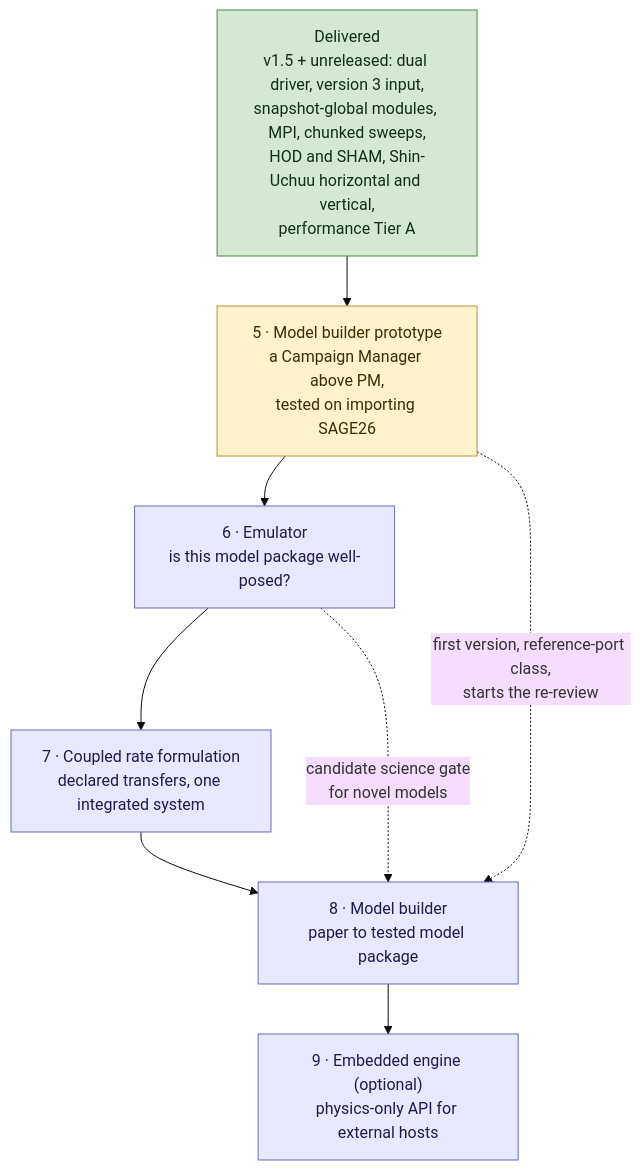
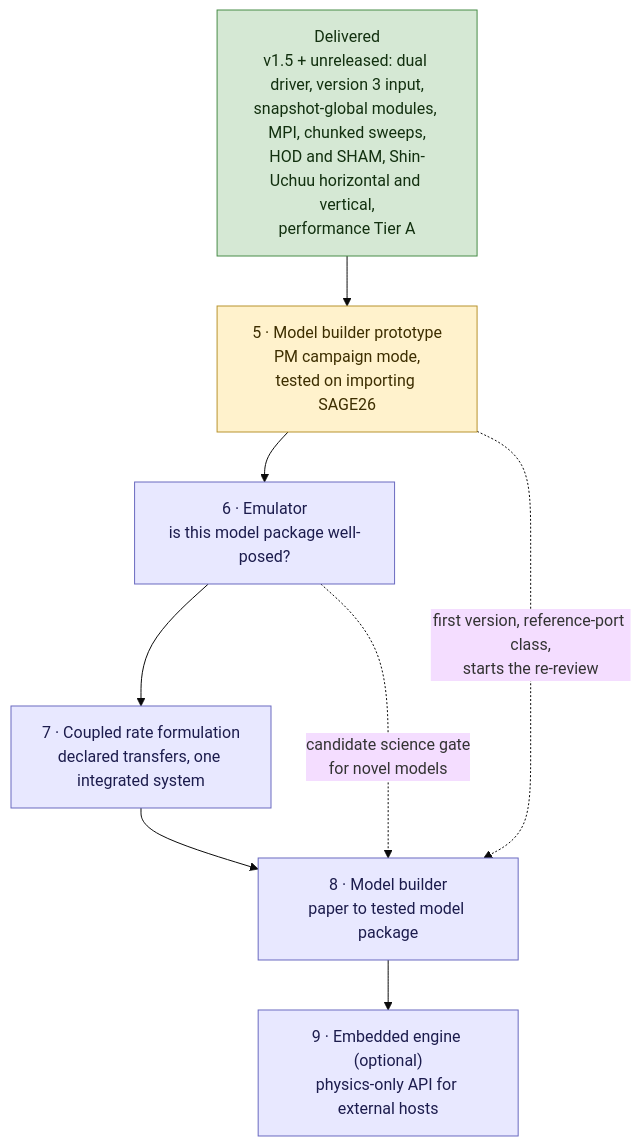
One commit to darrencroton/mimic changed the diagram in docs/dev/MIMIC-DEVELOPMENT-PATHWAY.md. Above: the diagram before and after it, drawn with Mermaid (base theme). The commit also changed other lines of this file and 1 other file, not shown here.

````diff
--- a/docs/dev/MIMIC-DEVELOPMENT-PATHWAY.md
+++ b/docs/dev/MIMIC-DEVELOPMENT-PATHWAY.md
@@ -22,20 +22,20 @@
 ```mermaid
 flowchart TD
     DONE["Delivered<br/>v1.5 + unreleased: dual driver, version 3 input,<br/>snapshot-global modules, MPI, chunked sweeps,<br/>HOD and SHAM, Shin-Uchuu horizontal and vertical,<br/>performance Tier A"]
-    S5["5 · Model builder prototype<br/>a Campaign Manager above PM,<br/>tested on importing SAGE26"]
+    S5["5 · Model builder prototype<br/>PM campaign mode,<br/>tested on importing SAGE26"]
     S6["6 · Emulator<br/>is this model package well-posed?"]
     S7["7 · Coupled rate formulation<br/>declared transfers, one integrated system"]
     S8["8 · Model builder<br/>paper to tested model package"]
     S9["9 · Embedded engine (optional)<br/>physics-only API for external hosts"]
 
     DONE --> S5 --> S6 --> S7 --> S8 --> S9
     S5 -.->|first version, reference-port class,<br/>starts the re-review| S8
     S6 -.->|candidate science gate<br/>for novel models| S8
 
     classDef done fill:#d5e8d4,stroke:#478c47,color:#12300f
     classDef next fill:#fff2cc,stroke:#b8932e,color:#3d2e00
     classDef step fill:#e8e8ff,stroke:#6a6ac0,color:#1c1c4d
     class DONE done
     class S5 next
     class S6,S7,S8,S9 step
 ```
````
